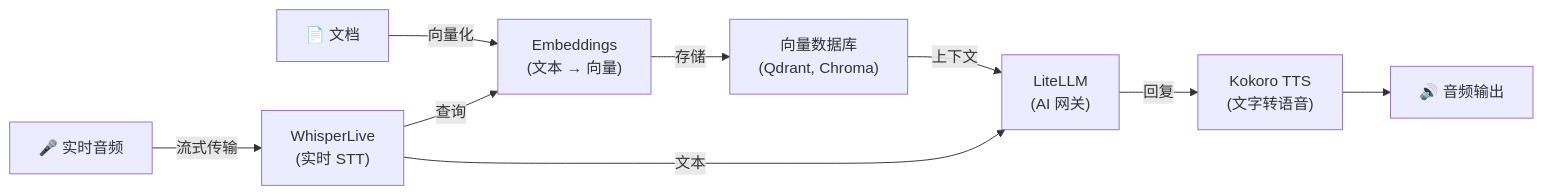
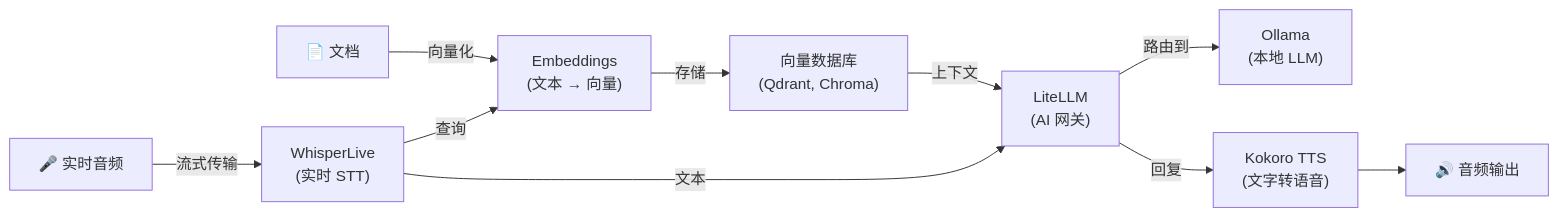
One commit to hwdsl2/docker-whisper-live changed the diagram in README-zh.md. Above: the diagram before and after it, drawn with Mermaid. The commit also changed other lines of this file and 3 other files, not shown here.

````diff
--- a/README-zh.md
+++ b/README-zh.md
@@ -587,11 +587,12 @@
 ```mermaid
 graph LR
     D["📄 文档"] -->|向量化| E["Embeddings<br/>(文本 → 向量)"]
     E -->|存储| VDB["向量数据库<br/>(Qdrant, Chroma)"]
     A["🎤 实时音频"] -->|流式传输| WL["WhisperLive<br/>(实时 STT)"]
     WL -->|查询| E
     VDB -->|上下文| L["LiteLLM<br/>(AI 网关)"]
     WL -->|文本| L
+    L -->|路由到| O["Ollama<br/>(本地 LLM)"]
     L -->|回复| T["Kokoro TTS<br/>(文字转语音)"]
     T --> B["🔊 音频输出"]
 ```
````
